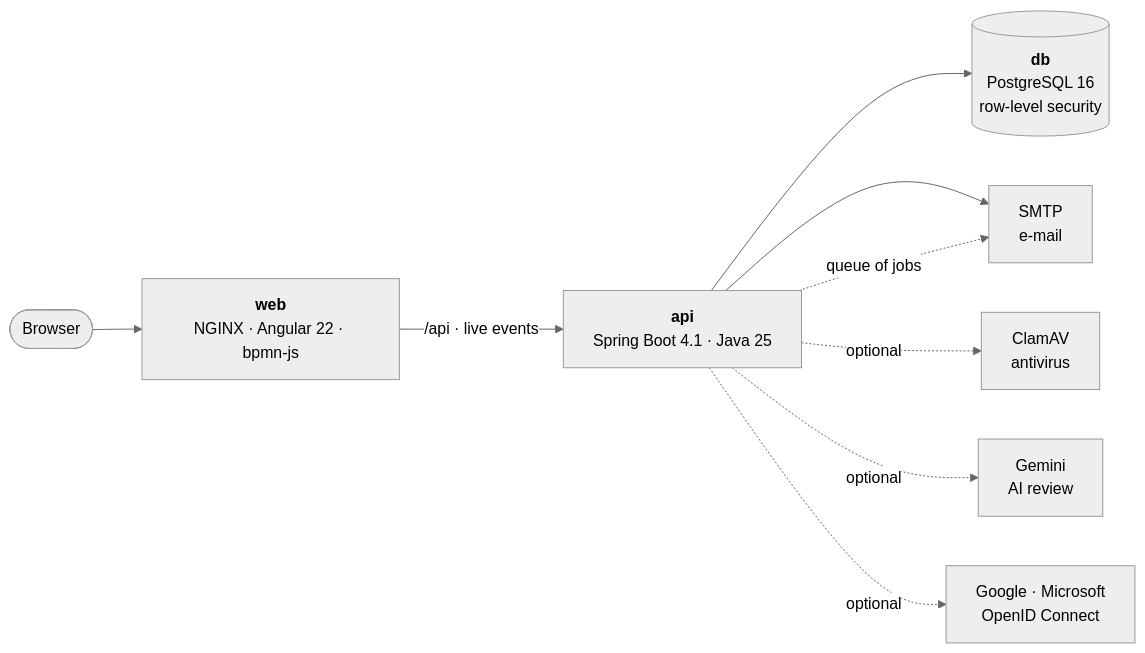
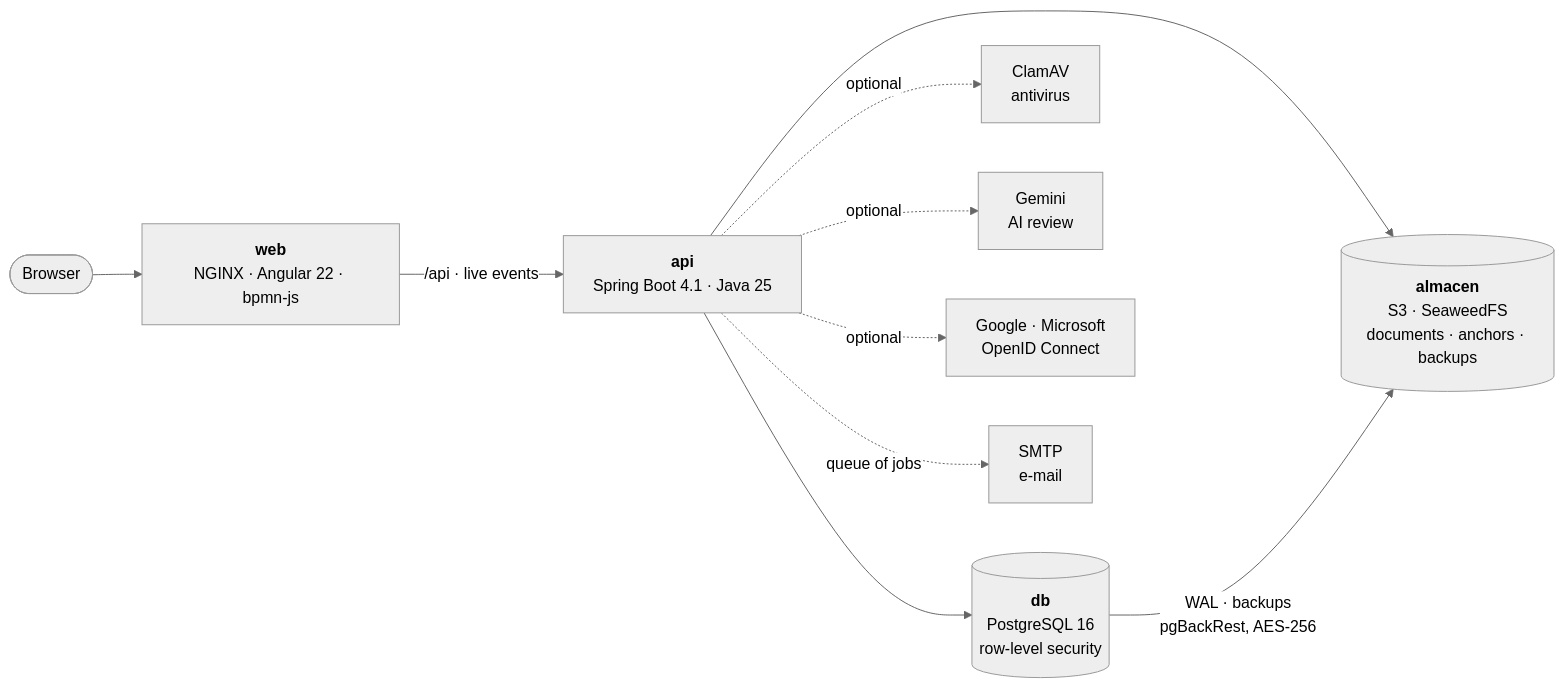
The second of 3 diagrams in README.md (AndresContreras1/bpmn-process-manager-api), drawn with Mermaid (neutral theme) before and after one commit. The commit also changed other lines of this file and 10 other files, not shown here.

````diff
--- a/README.md
+++ b/README.md
@@ -84,11 +85,12 @@
 ```mermaid
 flowchart LR
     B(["Browser"]) --> W["<b>web</b><br/>NGINX · Angular 22 · bpmn-js"]
     W -- "/api · live events" --> A["<b>api</b><br/>Spring Boot 4.1 · Java 25"]
     A --> D[("<b>db</b><br/>PostgreSQL 16<br/>row-level security")]
-    A --> S[("<b>almacen</b><br/>S3 · SeaweedFS<br/>documents · anchors")]
+    A --> S[("<b>almacen</b><br/>S3 · SeaweedFS<br/>documents · anchors · backups")]
+    D -- "WAL · backups<br/>pgBackRest, AES-256" --> S
     A -. "optional" .-> V["ClamAV<br/>antivirus"]
     A -. "optional" .-> G["Gemini<br/>AI review"]
     A -. "optional" .-> O["Google · Microsoft<br/>OpenID Connect"]
-    A -. "queue of jobs" .-> S["SMTP<br/>e-mail"]
+    A -. "queue of jobs" .-> M["SMTP<br/>e-mail"]
 ```
````
